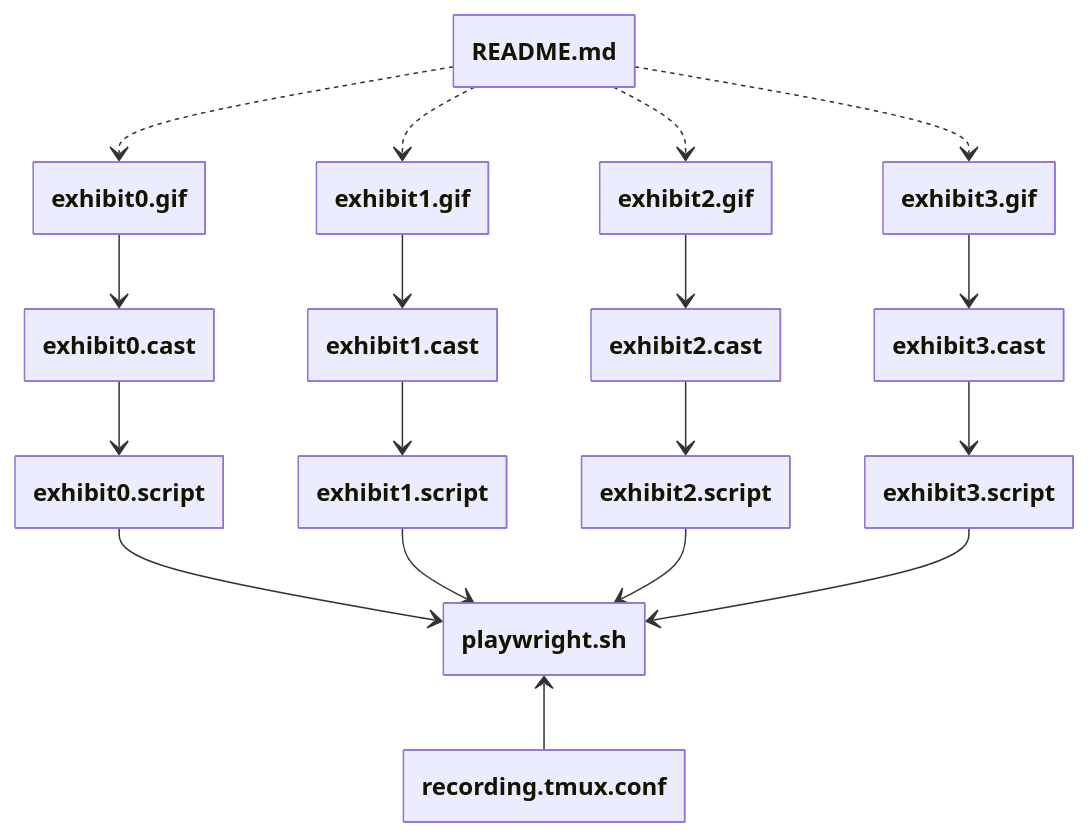
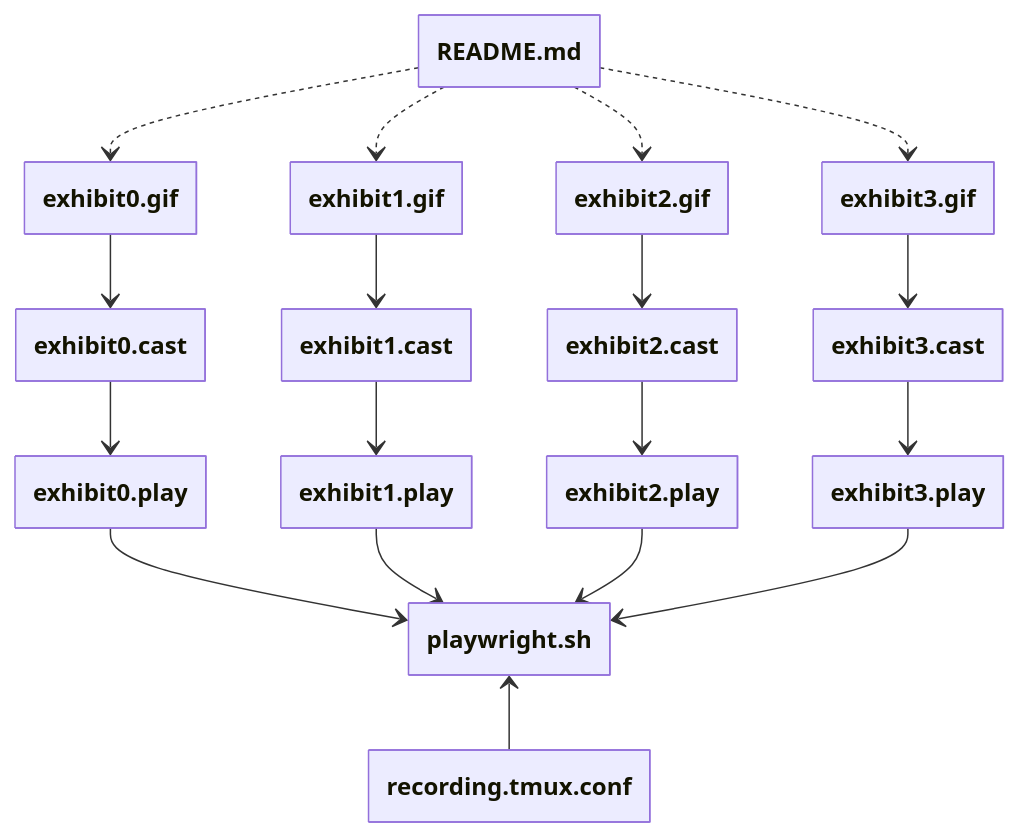
One commit to zachary-krepelka/tmux-bad-apple changed the diagram in docs/diagrams/gif-generation.mmd. Above: the diagram before and after it, drawn with Mermaid. The commit also changed 6 other files, not shown here.

Commit message:
style: trade .script extension for .play extension

```diff
--- a/docs/diagrams/gif-generation.mmd
+++ b/docs/diagrams/gif-generation.mmd
@@ -1,40 +1,40 @@
 %% FILENAME: gif-generation.mmd
 %% AUTHOR: Zachary Krepelka
 %% DATE: Saturday, November 22nd, 2025
 %% ABOUT: Bad Apple!! but it's a terminal multiplexer
 %% ORIGIN: https://github.com/zachary-krepelka/tmux-bad-apple.git
-%% UPDATED: Thursday, April 9th, 2026 at 12:04 PM
+%% UPDATED: Monday, April 20th, 2026 at 9:36 PM
 
 %%{
   init: {
     "class": {
       "hideEmptyMembersBox": true
     }
   }
 }%%
 
 classDiagram
 
   direction TB
 
   README.md ..> exhibit0.gif
   README.md ..> exhibit1.gif
   README.md ..> exhibit2.gif
   README.md ..> exhibit3.gif
 
   exhibit0.gif --> exhibit0.cast
   exhibit1.gif --> exhibit1.cast
   exhibit2.gif --> exhibit2.cast
   exhibit3.gif --> exhibit3.cast
 
-  exhibit0.cast --> exhibit0.script
-  exhibit1.cast --> exhibit1.script
-  exhibit2.cast --> exhibit2.script
-  exhibit3.cast --> exhibit3.script
+  exhibit0.cast --> exhibit0.play
+  exhibit1.cast --> exhibit1.play
+  exhibit2.cast --> exhibit2.play
+  exhibit3.cast --> exhibit3.play
 
-  exhibit0.script --> playwright.sh
-  exhibit1.script --> playwright.sh
-  exhibit2.script --> playwright.sh
-  exhibit3.script --> playwright.sh
+  exhibit0.play --> playwright.sh
+  exhibit1.play --> playwright.sh
+  exhibit2.play --> playwright.sh
+  exhibit3.play --> playwright.sh
 
   playwright.sh <-- recording.tmux.conf
```
